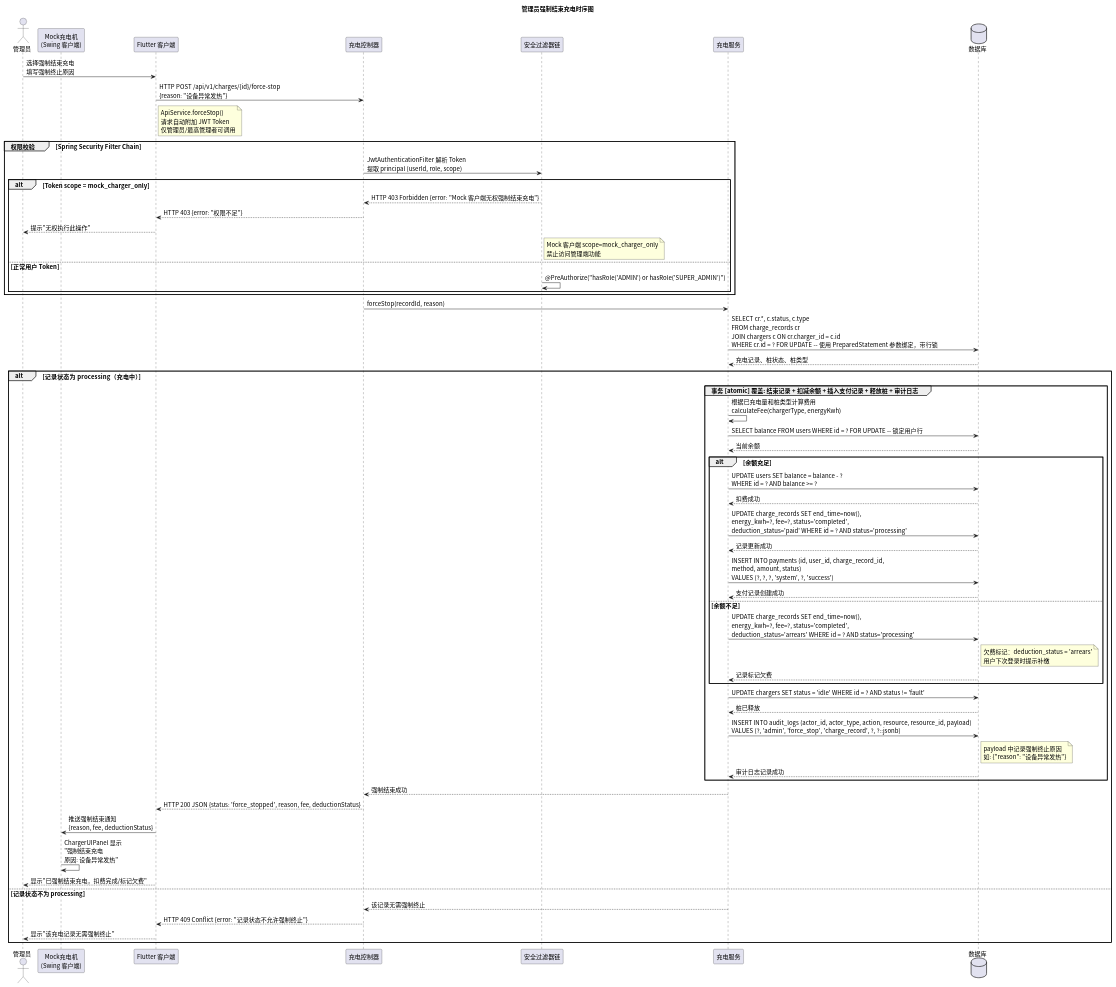
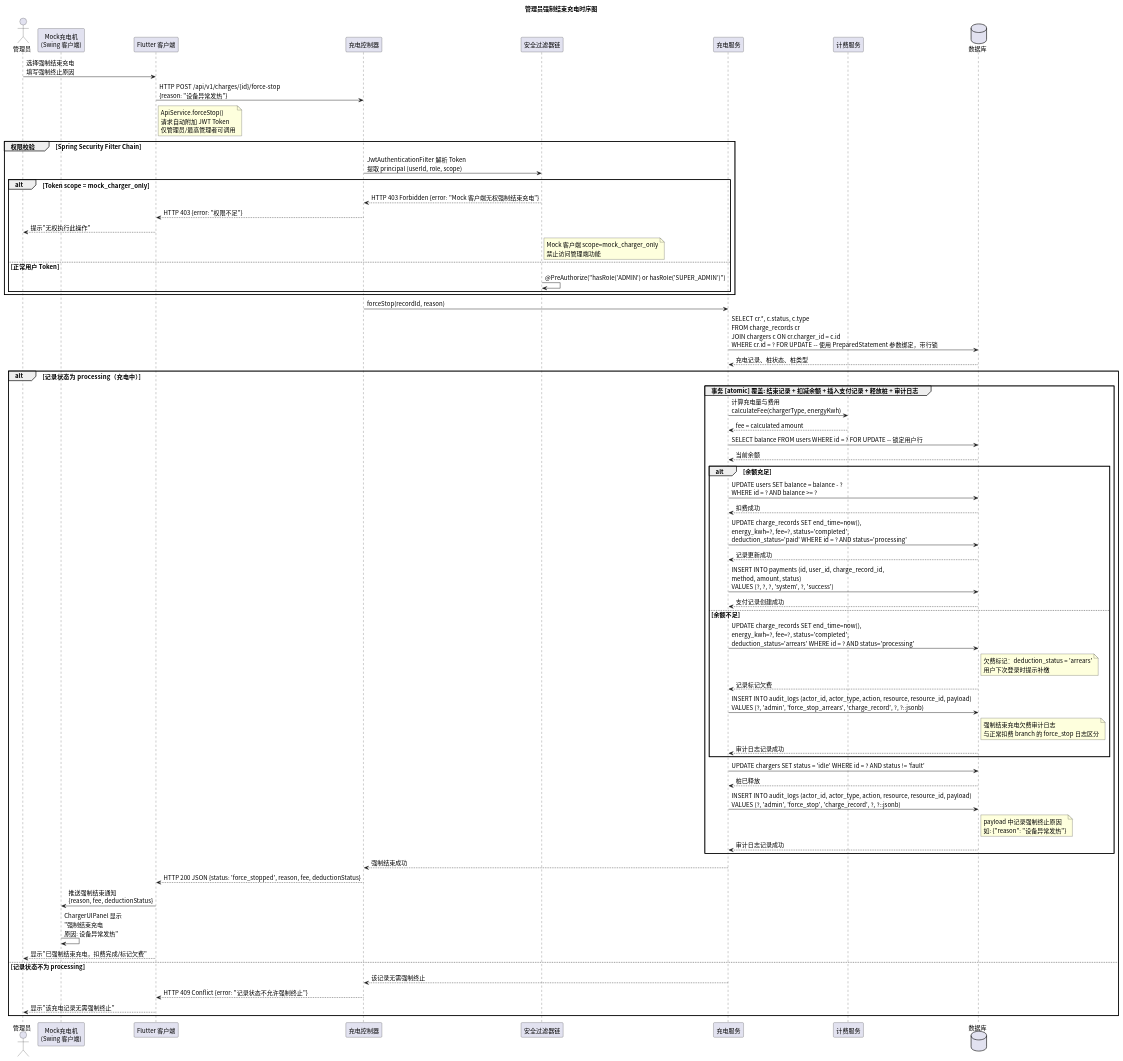
Before and after one commit to greenhandzdl/charging-station-doc: the diagram in time/src/sequence_force_stop.puml, drawn with PlantUML. The commit also changed 17 other files, not shown here.

First line of the commit message:
fix: 第二轮全量评估修复 — stopCharge归属校验、forceStop欠费审计、用例图补充、类图完整性

```diff
--- a/time/src/sequence_force_stop.puml
+++ b/time/src/sequence_force_stop.puml
@@ -1,77 +1,83 @@
 @startuml
 skinparam defaultFontName "Noto Sans CJK SC"
 skinparam defaultFontSize 14
 title 管理员强制结束充电时序图
 
 ' 所有 SQL 操作使用 PreparedStatement 参数绑定，禁止字符串拼接
 actor 管理员 as Admin
 participant "Mock充电机\n(Swing 客户端)" as MC
 participant "Flutter 客户端" as FE
 participant "充电控制器" as Ctrl
 participant "安全过滤器链" as Security
 participant "充电服务" as Service
+participant "计费服务" as Bill
 database 数据库 as DB
 
 Admin -> FE: 选择强制结束充电\n填写强制终止原因
 FE -> Ctrl: HTTP POST /api/v1/charges/{id}/force-stop\n{reason: "设备异常发热"}
 note right FE : ApiService.forceStop()\n请求自动附加 JWT Token\n仅管理员/最高管理者可调用
 
 group 权限校验 [Spring Security Filter Chain]
   Ctrl -> Security: JwtAuthenticationFilter 解析 Token\n提取 principal (userId, role, scope)
 
   alt Token scope = mock_charger_only
     Security --> Ctrl: HTTP 403 Forbidden {error: "Mock 客户端无权强制结束充电"}
     Ctrl --> FE: HTTP 403 {error: "权限不足"}
     FE --> Admin: 提示"无权执行此操作"
     note right Security : Mock 客户端 scope=mock_charger_only\n禁止访问管理端功能
   else 正常用户 Token
     Security -> Security: @PreAuthorize("hasRole('ADMIN') or hasRole('SUPER_ADMIN')")
   end
 end
 
 Ctrl -> Service: forceStop(recordId, reason)
 
 Service -> DB: SELECT cr.*, c.status, c.type\nFROM charge_records cr\nJOIN chargers c ON cr.charger_id = c.id\nWHERE cr.id = ? FOR UPDATE -- 使用 PreparedStatement 参数绑定，带行锁
 DB --> Service: 充电记录、桩状态、桩类型
 
 alt 记录状态为 processing（充电中）
   group 事务 [atomic] 覆盖: 结束记录 + 扣减余额 + 插入支付记录 + 释放桩 + 审计日志
-    Service -> Service: 根据已充电量和桩类型计算费用\ncalculateFee(chargerType, energyKwh)
+    Service -> Bill: 计算充电量与费用\ncalculateFee(chargerType, energyKwh)
+Bill --> Service: fee = calculated amount
 
     Service -> DB: SELECT balance FROM users WHERE id = ? FOR UPDATE -- 锁定用户行
     DB --> Service: 当前余额
 
     alt 余额充足
       Service -> DB: UPDATE users SET balance = balance - ?\nWHERE id = ? AND balance >= ?
       DB --> Service: 扣费成功
 
       Service -> DB: UPDATE charge_records SET end_time=now(),\nenergy_kwh=?, fee=?, status='completed',\ndeduction_status='paid' WHERE id = ? AND status='processing'
       DB --> Service: 记录更新成功
 
       Service -> DB: INSERT INTO payments (id, user_id, charge_record_id,\nmethod, amount, status)\nVALUES (?, ?, ?, 'system', ?, 'success')
       DB --> Service: 支付记录创建成功
     else 余额不足
       Service -> DB: UPDATE charge_records SET end_time=now(),\nenergy_kwh=?, fee=?, status='completed',\ndeduction_status='arrears' WHERE id = ? AND status='processing'
       note right DB : 欠费标记：deduction_status = 'arrears'\n用户下次登录时提示补缴
       DB --> Service: 记录标记欠费
+
+      Service -> DB: INSERT INTO audit_logs (actor_id, actor_type, action, resource, resource_id, payload)\nVALUES (?, 'admin', 'force_stop_arrears', 'charge_record', ?, ?::jsonb)
+      note right DB : 强制结束充电欠费审计日志\n与正常扣费 branch 的 force_stop 日志区分
+      DB --> Service: 审计日志记录成功
     end
 
     Service -> DB: UPDATE chargers SET status = 'idle' WHERE id = ? AND status != 'fault'
     DB --> Service: 桩已释放
 
     Service -> DB: INSERT INTO audit_logs (actor_id, actor_type, action, resource, resource_id, payload)\nVALUES (?, 'admin', 'force_stop', 'charge_record', ?, ?::jsonb)
     note right DB : payload 中记录强制终止原因\n如: {"reason": "设备异常发热"}
     DB --> Service: 审计日志记录成功
   end
 
   Service --> Ctrl: 强制结束成功
   Ctrl --> FE: HTTP 200 JSON {status: 'force_stopped', reason, fee, deductionStatus}
   FE -> MC: 推送强制结束通知\n{reason, fee, deductionStatus}
   MC -> MC: ChargerUIPanel 显示\n"强制结束充电\n原因: 设备异常发热"
   FE --> Admin: 显示"已强制结束充电，扣费完成/标记欠费"
 else 记录状态不为 processing
   Service --> Ctrl: 该记录无需强制终止
   Ctrl --> FE: HTTP 409 Conflict {error: "记录状态不允许强制终止"}
   FE --> Admin: 显示"该充电记录无需强制终止"
 end
 @enduml
```
